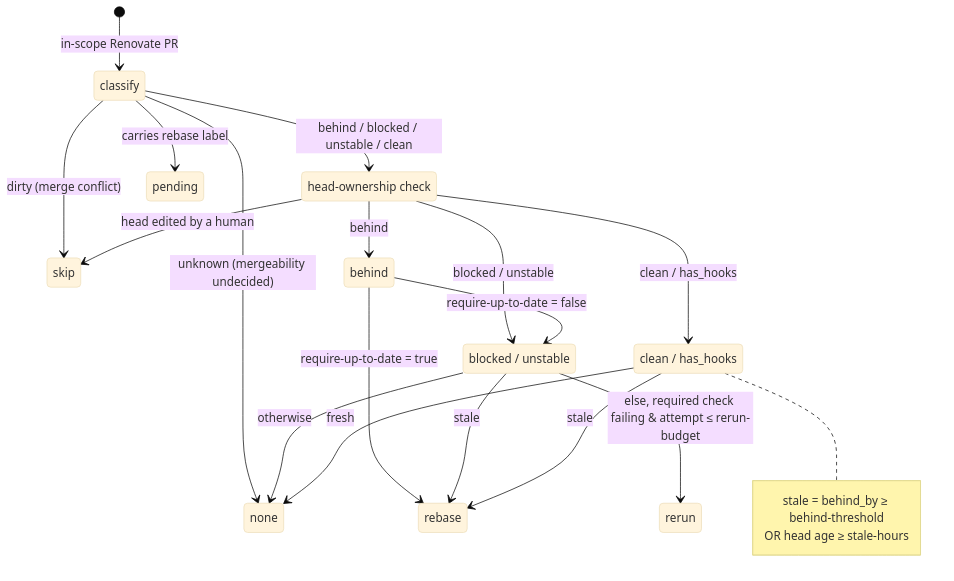
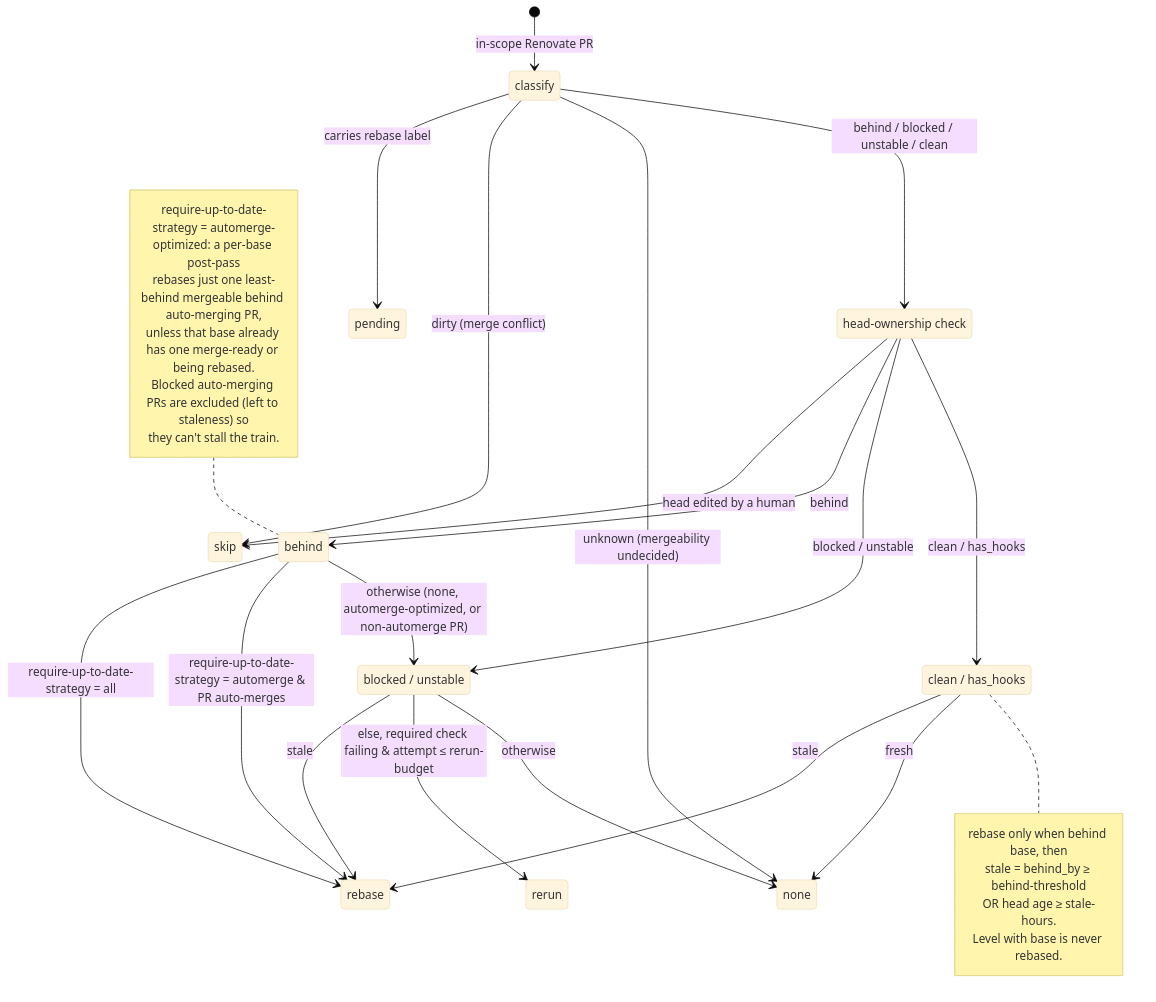
One commit to camunda/infra-global-github-actions changed the diagram in renovate-pr-maintainer/README.md. Above: the diagram before and after it, drawn with Mermaid (base theme). The commit also changed other lines of this file and 3 other files, not shown here.

First line of the commit message:
feat(renovate-pr-maintainer): add require-up-to-date-strategy and surface merge blockers

````diff
--- a/renovate-pr-maintainer/README.md
+++ b/renovate-pr-maintainer/README.md
@@ -69,33 +89,44 @@
 ```mermaid
 stateDiagram-v2
     state "head-ownership check" as owned
     state "blocked / unstable" as red
     state "clean / has_hooks" as green
 
     [*] --> classify: in-scope Renovate PR
 
     classify --> pending: carries rebase label
     classify --> skip: dirty (merge conflict)
     classify --> none: unknown (mergeability undecided)
     classify --> owned: behind / blocked / unstable / clean
 
     owned --> skip: head edited by a human
     owned --> behind: behind
     owned --> red: blocked / unstable
     owned --> green: clean / has_hooks
 
-    behind --> rebase: require-up-to-date = true
-    behind --> red: require-up-to-date = false
+    behind --> rebase: require-up-to-date-strategy = all
+    behind --> rebase: require-up-to-date-strategy = automerge & PR auto-merges
+    behind --> red: otherwise (none, automerge-optimized, or non-automerge PR)
 
     red --> rebase: stale
     red --> rerun: else, required check failing & attempt ≤ rerun-budget
     red --> none: otherwise
 
     green --> rebase: stale
     green --> none: fresh
 
     note right of green
+        rebase only when behind base, then
         stale = behind_by ≥ behind-threshold
-                OR head age ≥ stale-hours
+                OR head age ≥ stale-hours.
+                Level with base is never rebased.
+    end note
+
+    note left of behind
+        require-up-to-date-strategy = automerge-optimized: a per-base post-pass
+        rebases just one least-behind mergeable behind auto-merging PR,
+        unless that base already has one merge-ready or being rebased.
+        Blocked auto-merging PRs are excluded (left to staleness) so
+        they can't stall the train.
     end note
 ```
````
